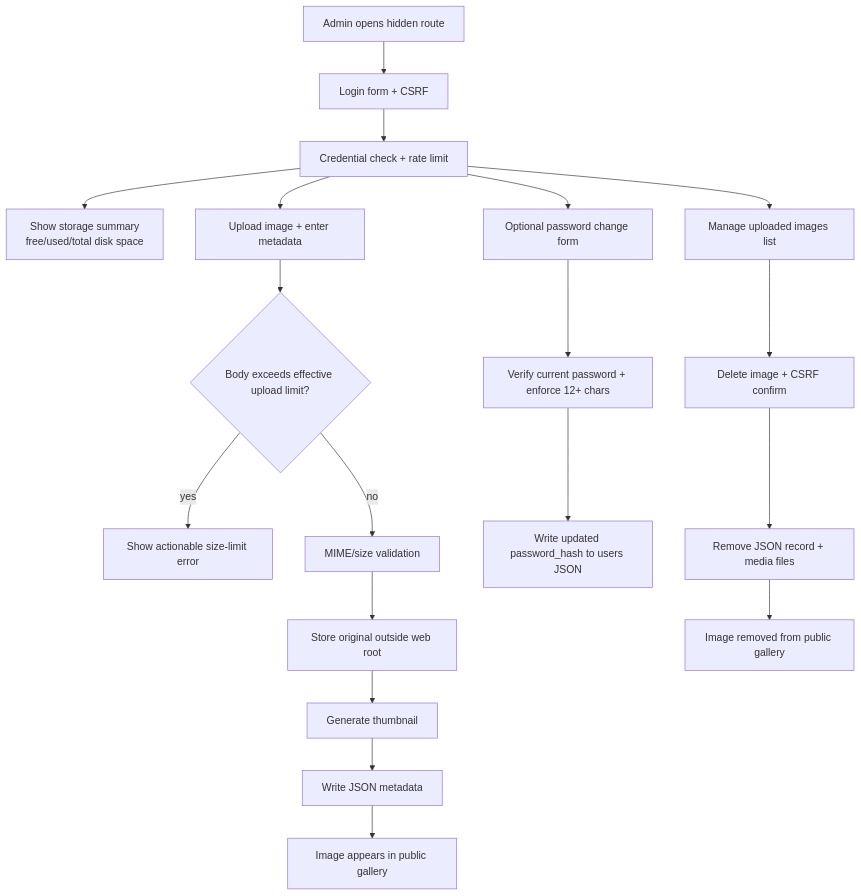
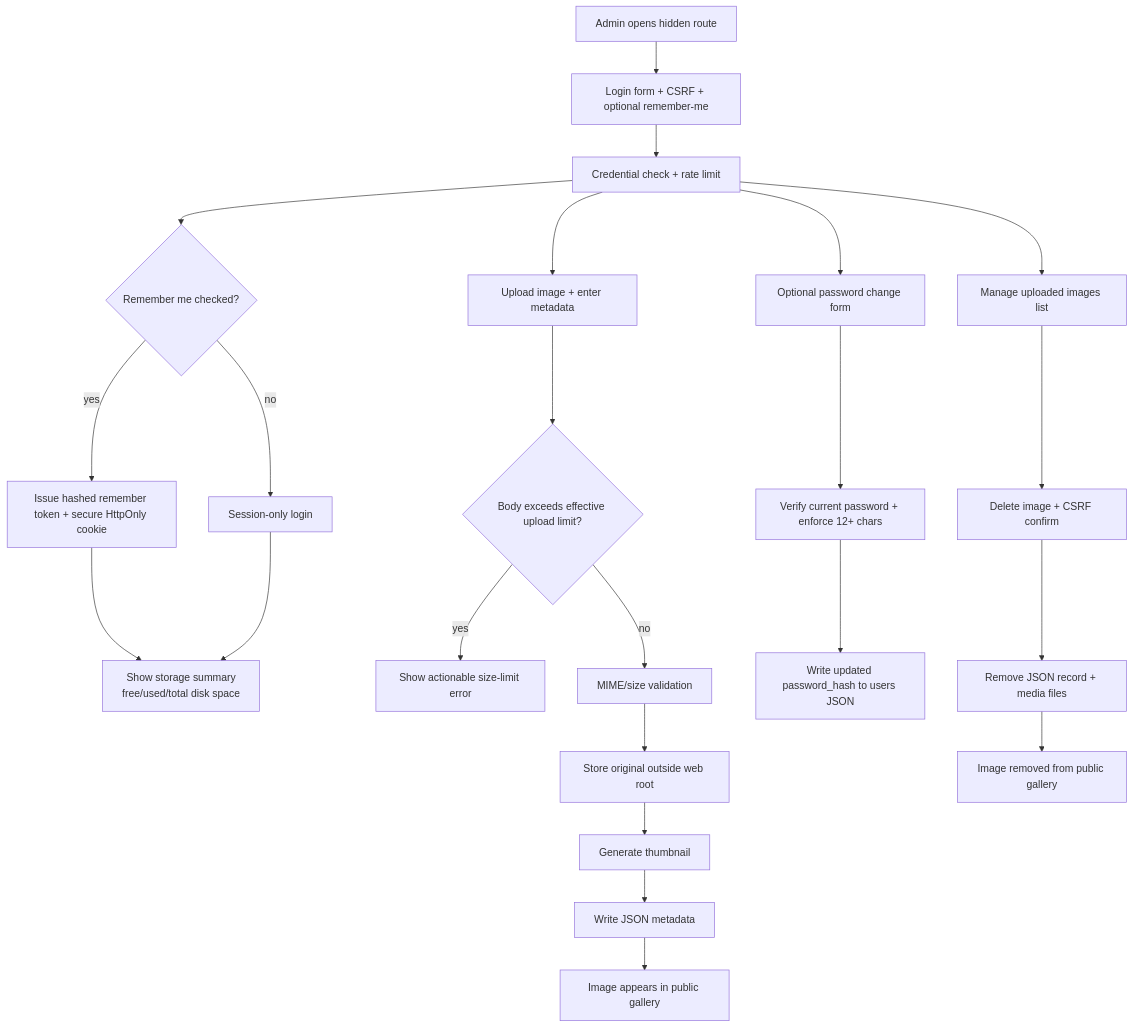
Before and after one commit to smeird/images: the second of 3 diagrams in README.md, drawn with Mermaid. The commit also changed other lines of this file and 5 other files, not shown here.

First line of the commit message:
Add remember-me admin login with rotating device tokens

````diff
--- a/README.md
+++ b/README.md
@@ -142,22 +143,26 @@
 ```mermaid
 flowchart TD
-  A[Admin opens hidden route] --> B[Login form + CSRF]
+  A[Admin opens hidden route] --> B[Login form + CSRF + optional remember-me]
   B --> C[Credential check + rate limit]
-  C --> S[Show storage summary
+  C --> C1{Remember me checked?}
+  C1 -- yes --> C2[Issue hashed remember token + secure HttpOnly cookie]
+  C1 -- no --> C3[Session-only login]
+  C2 --> S[Show storage summary
 free/used/total disk space]
+  C3 --> S
   C --> D[Upload image + enter metadata]
   D --> M{Body exceeds effective upload limit?}
   M -- yes --> N[Show actionable size-limit error]
   M -- no --> E[MIME/size validation]
   C --> J[Optional password change form]
   J --> K[Verify current password + enforce 12+ chars]
   K --> L[Write updated password_hash to users JSON]
   C --> O[Manage uploaded images list]
   O --> P[Delete image + CSRF confirm]
   P --> Q[Remove JSON record + media files]
   Q --> R[Image removed from public gallery]
   E --> F[Store original outside web root]
   F --> G[Generate thumbnail]
   G --> H[Write JSON metadata]
   H --> I[Image appears in public gallery]
 ```
````
